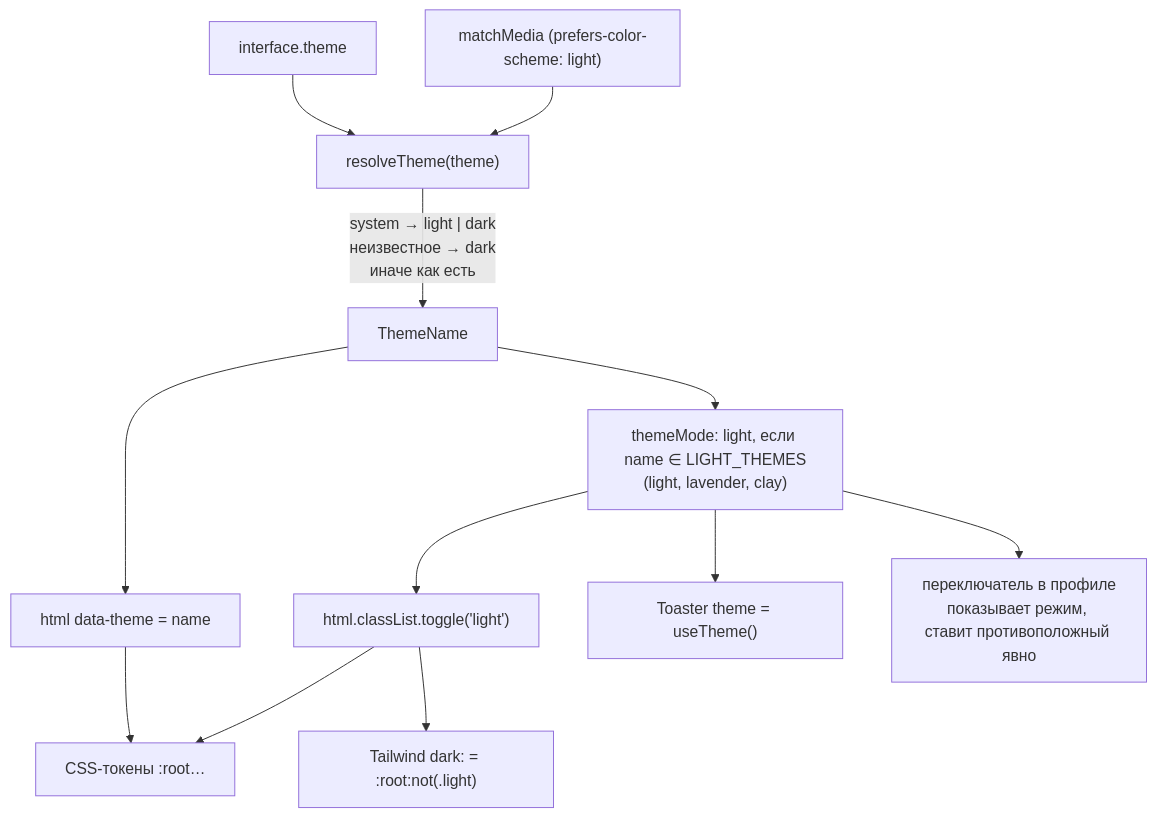
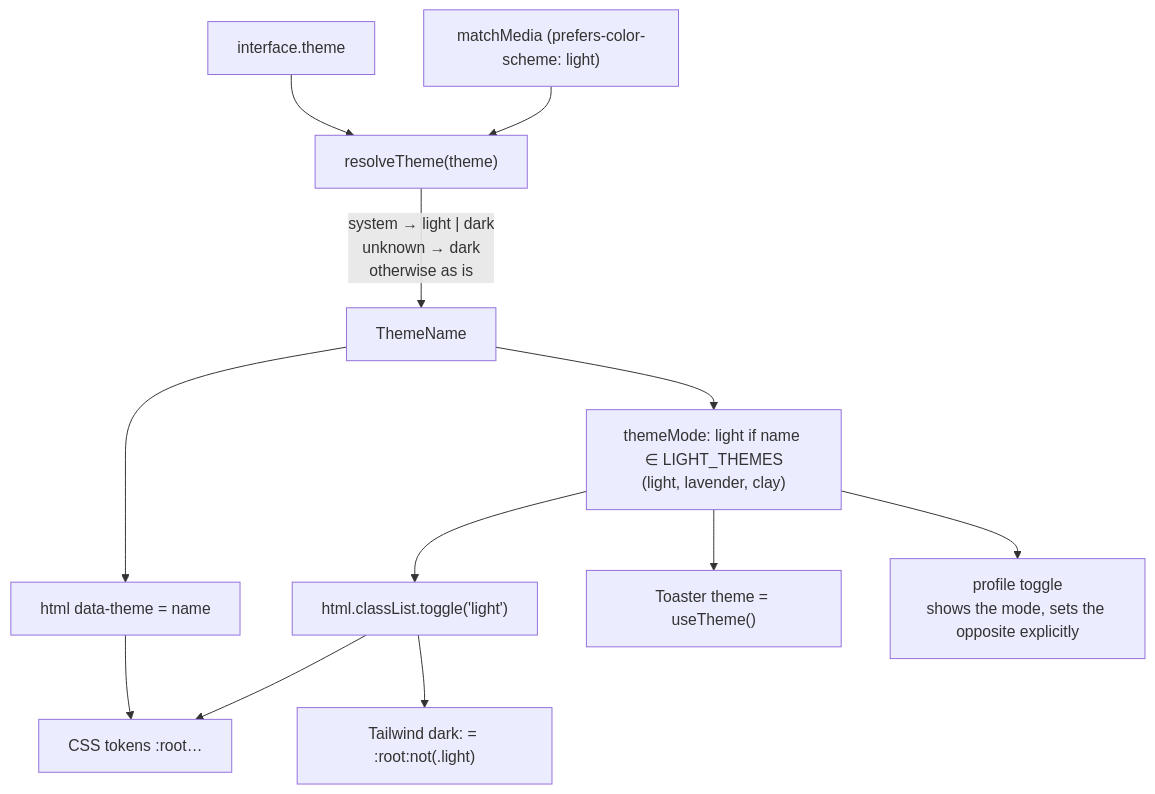
The first of 2 diagrams in docs/theming.md (NikitkaZXC/tcloud-frontend), drawn with Mermaid before and after one commit. The commit also changed other lines of this file and 8 other files, not shown here.

````diff
--- a/docs/theming.md
+++ b/docs/theming.md
@@ -30,14 +31,14 @@
 ```mermaid
 flowchart TD
     setting["interface.theme"] --> resolve["resolveTheme(theme)"]
     mq["matchMedia (prefers-color-scheme: light)"] --> resolve
-    resolve -- "system → light | dark<br/>неизвестное → dark<br/>иначе как есть" --> name["ThemeName"]
-    name --> mode["themeMode: light, если name ∈ LIGHT_THEMES<br/>(light, lavender, clay)"]
+    resolve -- "system → light | dark<br/>unknown → dark<br/>otherwise as is" --> name["ThemeName"]
+    name --> mode["themeMode: light if name ∈ LIGHT_THEMES<br/>(light, lavender, clay)"]
     name --> attr["html data-theme = name"]
     mode --> cls["html.classList.toggle('light')"]
-    attr --> css["CSS-токены :root…"]
+    attr --> css["CSS tokens :root…"]
     cls --> css
     cls --> tw["Tailwind dark: = :root:not(.light)"]
     mode --> sonner["Toaster theme = useTheme()"]
-    mode --> toggle["переключатель в профиле<br/>показывает режим, ставит противоположный явно"]
+    mode --> toggle["profile toggle<br/>shows the mode, sets the opposite explicitly"]
 ```
````
